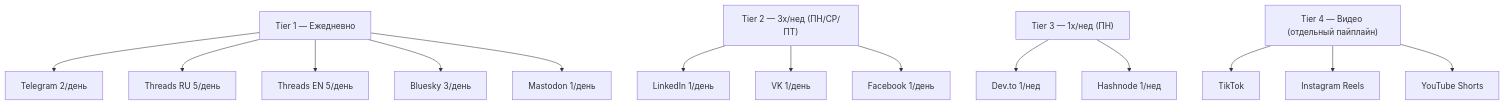
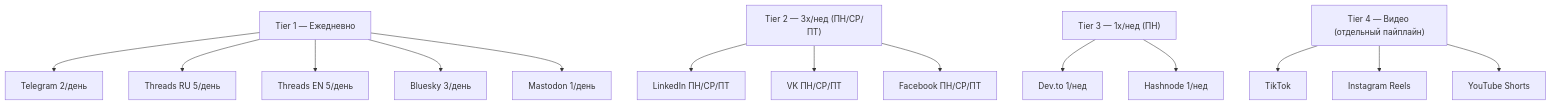
Before and after one commit to TimmyZinin/content-pipeline: the first of 2 diagrams in docs/Platforms.md, drawn with Mermaid.

Commit message:
docs: Tier 2 diagram labels ПН/СР/ПТ

````diff
--- a/docs/Platforms.md
+++ b/docs/Platforms.md
@@ -7,24 +7,24 @@
 ```mermaid
 graph TD
     T1["Tier 1 — Ежедневно"]
     T2["Tier 2 — 3x/нед (ПН/СР/ПТ)"]
     T3["Tier 3 — 1x/нед (ПН)"]
     T4["Tier 4 — Видео (отдельный пайплайн)"]
 
     T1 --> TG["Telegram 2/день"]
     T1 --> THR["Threads RU 5/день"]
     T1 --> THEN["Threads EN 5/день"]
     T1 --> BS["Bluesky 3/день"]
     T1 --> MAS["Mastodon 1/день"]
 
-    T2 --> LI["LinkedIn 1/день"]
-    T2 --> VK["VK 1/день"]
-    T2 --> FB["Facebook 1/день"]
+    T2 --> LI["LinkedIn ПН/СР/ПТ"]
+    T2 --> VK["VK ПН/СР/ПТ"]
+    T2 --> FB["Facebook ПН/СР/ПТ"]
 
     T3 --> DEV["Dev.to 1/нед"]
     T3 --> HASH["Hashnode 1/нед"]
 
     T4 --> TT["TikTok"]
     T4 --> IG["Instagram Reels"]
     T4 --> YT["YouTube Shorts"]
 ```
````
